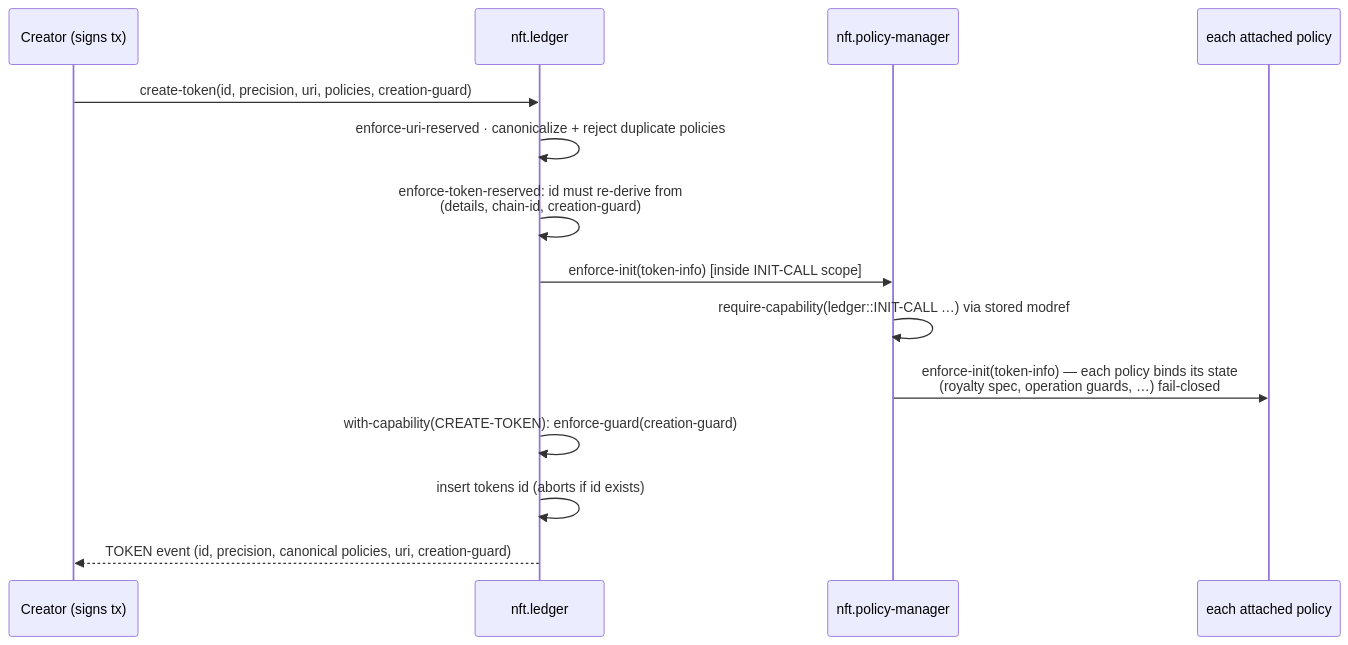
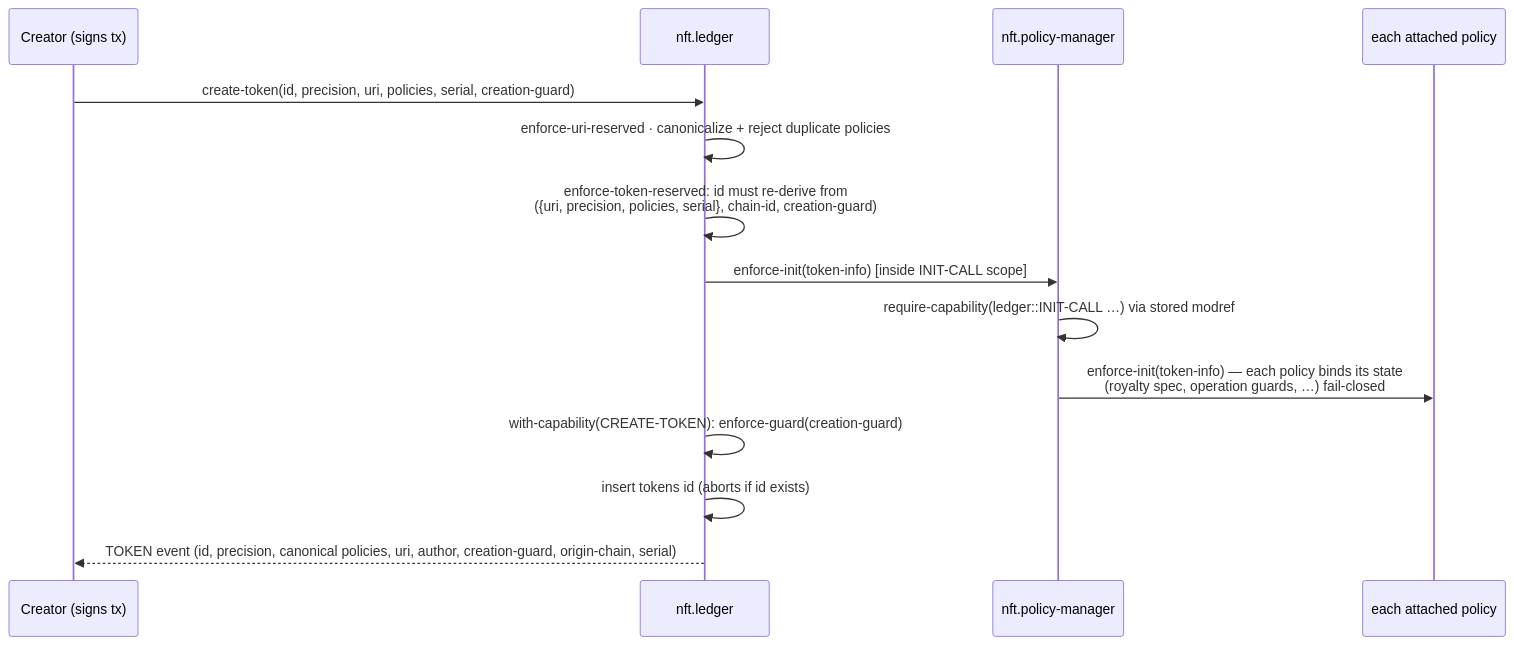
One commit to Pact-Community-Organization/pact-contract-catalog changed the third of 10 diagrams in contracts/nft/TECHNICAL.md. Above: the diagram before and after it, drawn with Mermaid. The commit also changed other lines of this file and 40 other files, not shown here.

First line of the commit message:
feat(nft): Store origin chain and hash a creator serial into the token id

````diff
--- a/contracts/nft/TECHNICAL.md
+++ b/contracts/nft/TECHNICAL.md
@@ -421,16 +429,16 @@
 ```mermaid
 sequenceDiagram
     participant C as Creator (signs tx)
     participant L as nft.ledger
     participant M as nft.policy-manager
     participant P as each attached policy
-    C->>L: create-token(id, precision, uri, policies, creation-guard)
+    C->>L: create-token(id, precision, uri, policies, serial, creation-guard)
     L->>L: enforce-uri-reserved · canonicalize + reject duplicate policies
-    L->>L: enforce-token-reserved: id must re-derive from<br/>(details, chain-id, creation-guard)
+    L->>L: enforce-token-reserved: id must re-derive from<br/>({uri, precision, policies, serial}, chain-id, creation-guard)
     L->>M: enforce-init(token-info)  [inside INIT-CALL scope]
     M->>M: require-capability(ledger::INIT-CALL …) via stored modref
     M->>P: enforce-init(token-info)  — each policy binds its state<br/>(royalty spec, operation guards, …) fail-closed
     L->>L: with-capability(CREATE-TOKEN): enforce-guard(creation-guard)
     L->>L: insert tokens id  (aborts if id exists)
-    L-->>C: TOKEN event (id, precision, canonical policies, uri, creation-guard)
+    L-->>C: TOKEN event (id, precision, canonical policies, uri, author, creation-guard, origin-chain, serial)
 ```
````
